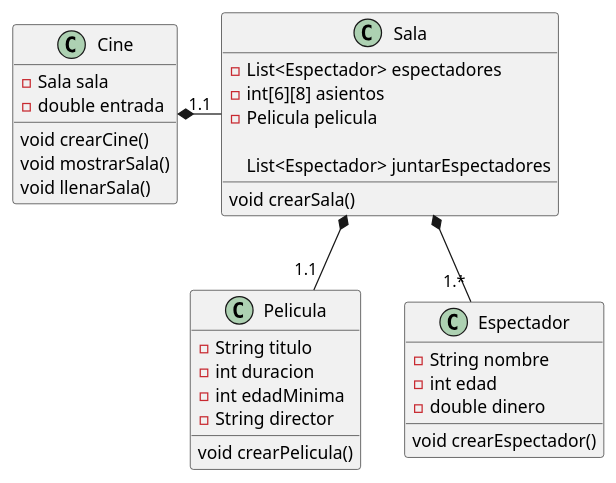
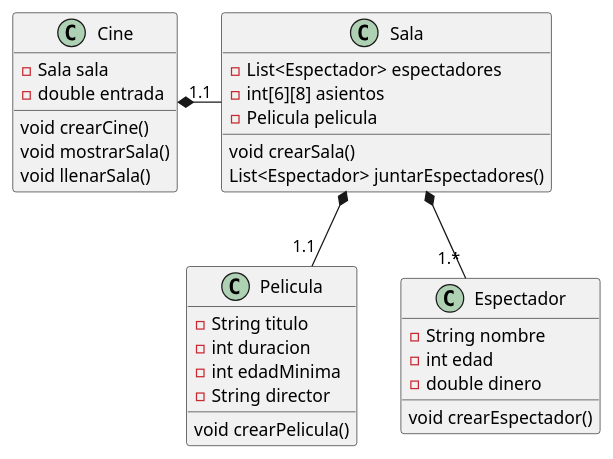
The diagram in src/com/ejercicio_03/uml/Cine.puml (JuanfeRomero/EggJavaGuiaAsociaciones), drawn with PlantUML before and after one commit. The commit also changed 2 other files, not shown here.

Commit message:
agregado png del uml del ejercicio 3

```diff
--- a/src/com/ejercicio_03/uml/Cine.puml
+++ b/src/com/ejercicio_03/uml/Cine.puml
@@ -1,42 +1,42 @@
 @startuml
 'https://plantuml.com/class-diagram
 
 class Cine{
     - Sala sala
     - double entrada
 
     void crearCine()
     void mostrarSala()
     void llenarSala()
 }
 
 class Sala{
     - List<Espectador> espectadores
     - int[6][8] asientos
     - Pelicula pelicula
 
     void crearSala()
-    List<Espectador> juntarEspectadores
+    List<Espectador> juntarEspectadores()
 
 }
 
 class Pelicula{
     - String titulo
     - int duracion
     - int edadMinima
     - String director
     void crearPelicula()
 }
 
 class Espectador{
     - String nombre
     - int edad
     - double dinero
     void crearEspectador()
 }
 
 Cine*-"1.1"Sala
 Sala*--"1.1"Pelicula
 Sala*--"1.*"Espectador
 
 @enduml
```
